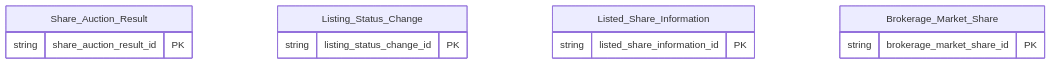
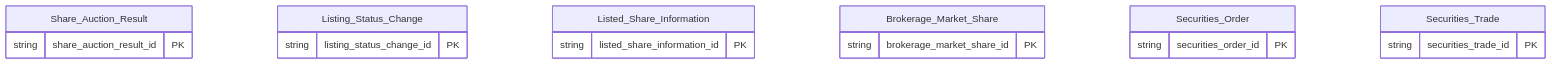
The second of 2 diagrams in DataModel/working/Atomic/hld/HOSE_HLD_Overview.md (linhlvit/ubck_atomic_design), drawn with Mermaid before and after one commit. The commit also changed other lines of this file and 98 other files, not shown here.

````diff
--- a/DataModel/working/Atomic/hld/HOSE_HLD_Overview.md
+++ b/DataModel/working/Atomic/hld/HOSE_HLD_Overview.md
@@ -56,15 +67,22 @@
 ```mermaid
 erDiagram
     Share_Auction_Result {
         string share_auction_result_id PK
     }
     Listing_Status_Change {
         string listing_status_change_id PK
     }
     Listed_Share_Information {
         string listed_share_information_id PK
     }
     Brokerage_Market_Share {
         string brokerage_market_share_id PK
     }
+    Securities_Order {
+        string securities_order_id PK
+    }
+    Securities_Trade {
+        string securities_trade_id PK
+    }
+
 ```
````
